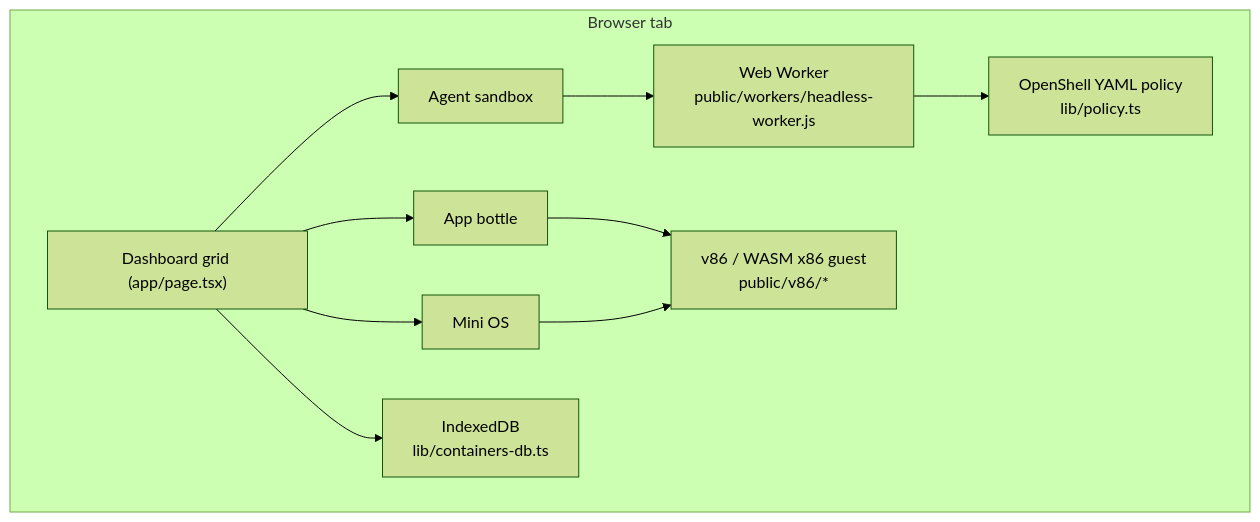
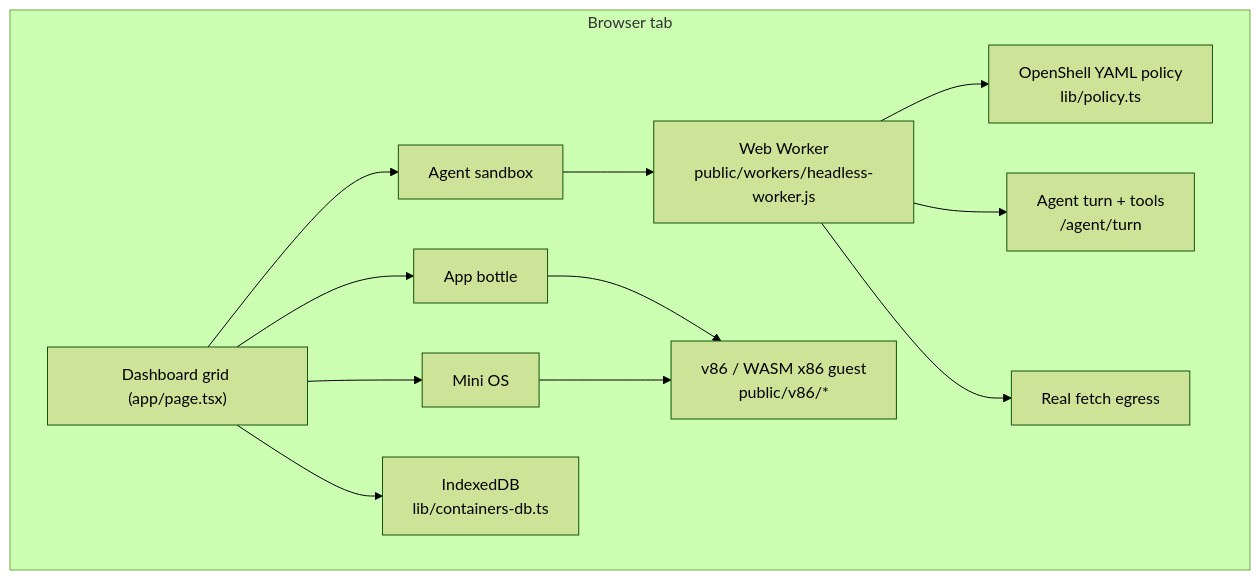
The diagram in README.md (reagent-systems/clientside-containers), drawn with Mermaid (forest theme) before and after one commit. The commit also changed other lines of this file and 14 other files, not shown here.

````diff
--- a/README.md
+++ b/README.md
@@ -70,14 +70,16 @@
 ```mermaid
 flowchart TB
   subgraph Tab [Browser tab]
     Dashboard["Dashboard grid (app/page.tsx)"]
     Dashboard --> Agent["Agent sandbox"]
     Dashboard --> App["App bottle"]
     Dashboard --> MiniOS["Mini OS"]
     Agent --> Worker["Web Worker\npublic/workers/headless-worker.js"]
     Worker --> Policy["OpenShell YAML policy\nlib/policy.ts"]
+    Worker --> Turn["Agent turn + tools\n/agent/turn"]
+    Worker --> Fetch["Real fetch egress"]
     App --> V86["v86 / WASM x86 guest\npublic/v86/*"]
     MiniOS --> V86
     Dashboard --> IDB["IndexedDB\nlib/containers-db.ts"]
   end
 ```
````
